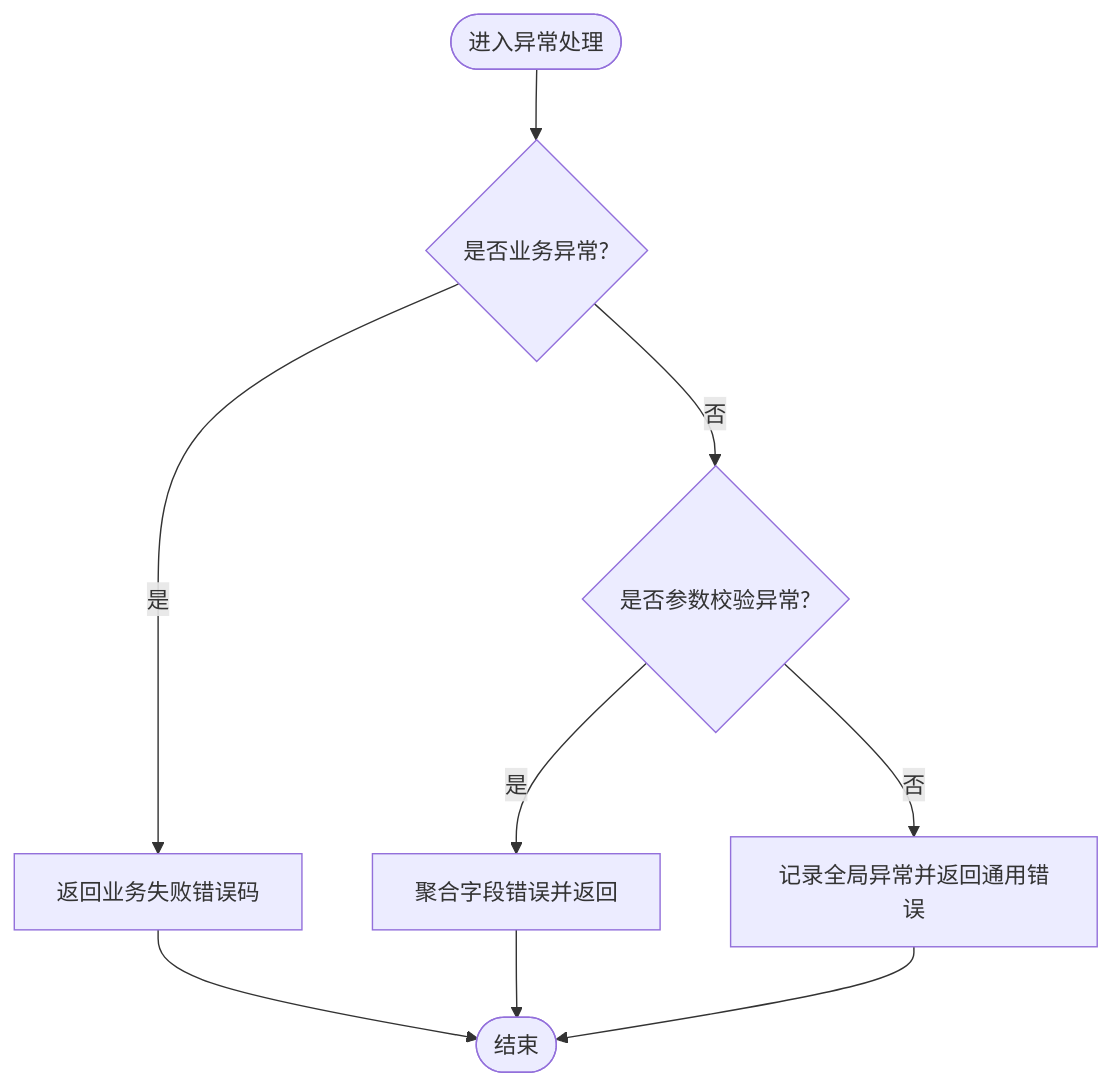
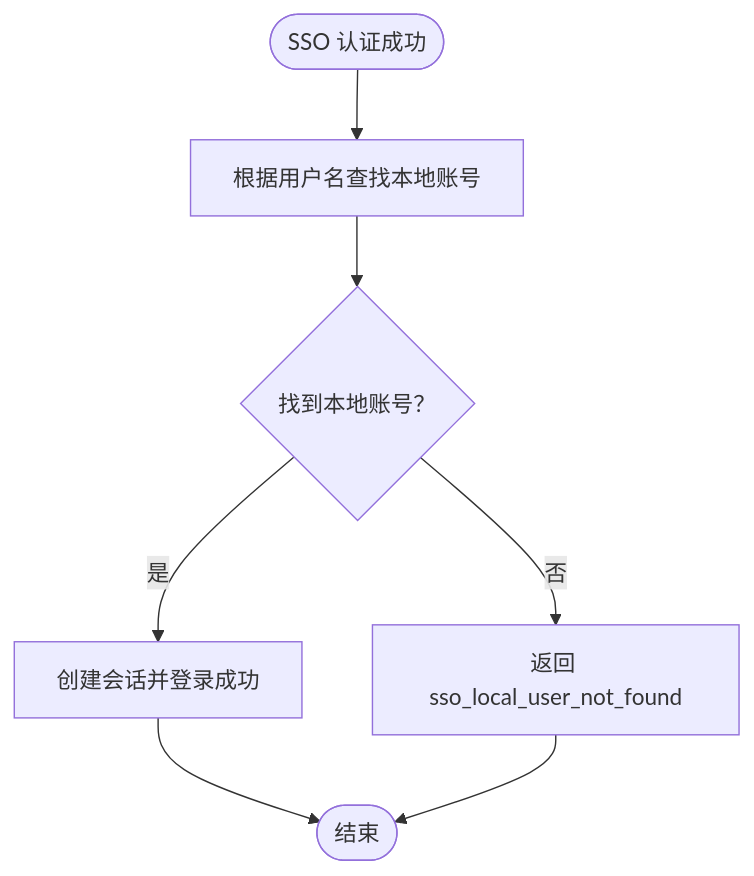
The third of 6 diagrams in .qoder/repowiki/zh/content/故障排除/故障排除.md (LiukewenSC/kewen-framework), drawn with Mermaid before and after one commit. The commit also changed other lines of this file and 195 other files, not shown here.

````diff
--- a/.qoder/repowiki/zh/content/故障排除/故障排除.md
+++ b/.qoder/repowiki/zh/content/故障排除/故障排除.md
@@ -174,11 +185,9 @@
 ```mermaid
 flowchart TD
-Start(["进入异常处理"]) --> CheckBiz{"是否业务异常?"}
-CheckBiz --> |是| ReturnBiz["返回业务失败错误码"]
-CheckBiz --> |否| CheckParam{"是否参数校验异常?"}
-CheckParam --> |是| Aggregate["聚合字段错误并返回"]
-CheckParam --> |否| Global["记录全局异常并返回通用错误"]
-ReturnBiz --> End(["结束"])
-Aggregate --> End
-Global --> End
+    Start(["SSO 认证成功"]) --> CheckLocal["根据用户名查找本地账号"]
+    CheckLocal --> Found{"找到本地账号？"}
+    Found -->|是| CreateSession["创建会话并登录成功"]
+    Found -->|否| ReturnSsoError["返回 sso_local_user_not_found"]
+    CreateSession --> End(["结束"])
+    ReturnSsoError --> End
 ```
````
